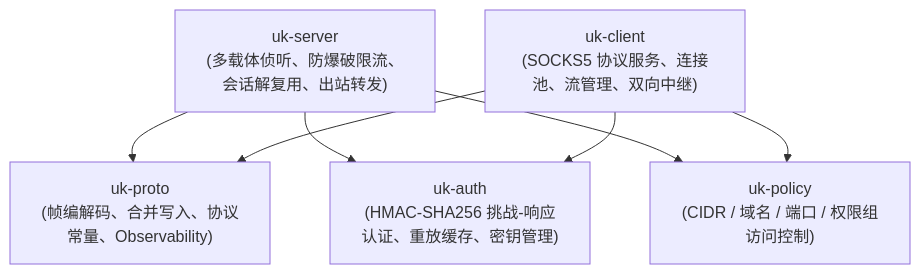
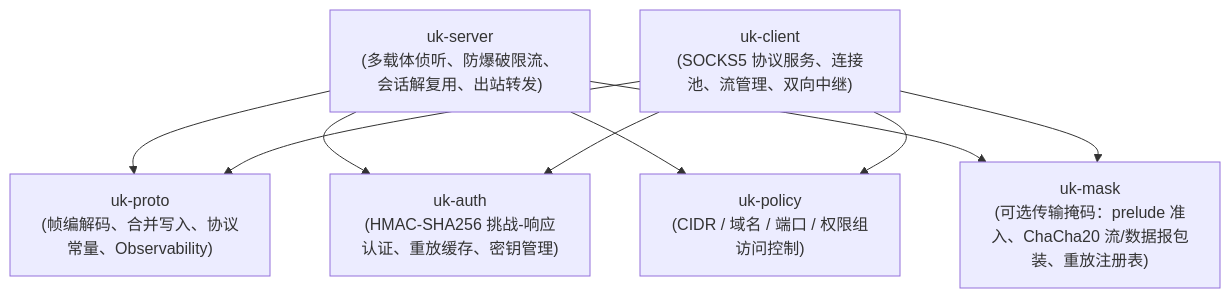
One commit to HappyLeslieAlexander/Uncrowned-King changed the second of 3 diagrams in docs/architecture.md. Above: the diagram before and after it, drawn with Mermaid. The commit also changed other lines of this file and 47 other files, not shown here.

````diff
--- a/docs/architecture.md
+++ b/docs/architecture.md
@@ -41,16 +41,19 @@
 ```mermaid
 graph TD
     uk_proto["uk-proto<br/>(帧编解码、合并写入、协议常量、Observability)"]
     uk_auth["uk-auth<br/>(HMAC-SHA256 挑战-响应认证、重放缓存、密钥管理)"]
+    uk_mask["uk-mask<br/>(可选传输掩码：prelude 准入、ChaCha20 流/数据报包装、重放注册表)"]
     uk_policy["uk-policy<br/>(CIDR / 域名 / 端口 / 权限组访问控制)"]
     uk_server["uk-server<br/>(多载体侦听、防爆破限流、会话解复用、出站转发)"]
     uk_client["uk-client<br/>(SOCKS5 协议服务、连接池、流管理、双向中继)"]
 
     uk_server --> uk_proto
     uk_server --> uk_auth
     uk_server --> uk_policy
+    uk_server --> uk_mask
 
     uk_client --> uk_proto
     uk_client --> uk_auth
     uk_client --> uk_policy
+    uk_client --> uk_mask
 ```
````
